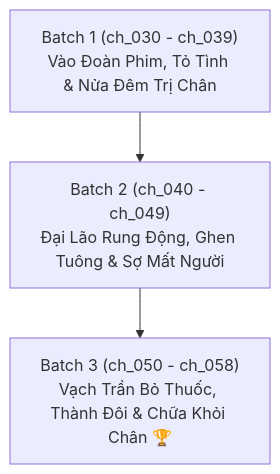
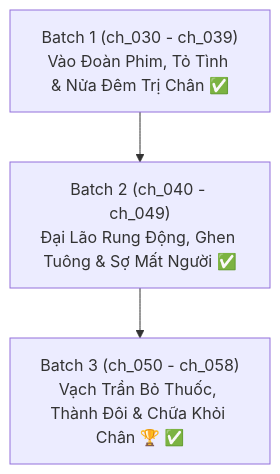
Before and after one commit to RinYuki-sclass/trans-assistant: the diagram in novel_projects/xuyên-thư-xong-tôi-giả-gay-trong-truyện-bá-tổng/plan_arc_2.md, drawn with Mermaid. The commit also changed other lines of this file and 94 other files, not shown here.

````diff
--- a/novel_projects/xuyên-thư-xong-tôi-giả-gay-trong-truyện-bá-tổng/plan_arc_2.md
+++ b/novel_projects/xuyên-thư-xong-tôi-giả-gay-trong-truyện-bá-tổng/plan_arc_2.md
@@ -26,5 +26,5 @@
 ```mermaid
 graph TD
-    B1["Batch 1 (ch_030 - ch_039)<br/>Vào Đoàn Phim, Tỏ Tình & Nửa Đêm Trị Chân"] --> B2["Batch 2 (ch_040 - ch_049)<br/>Đại Lão Rung Động, Ghen Tuông & Sợ Mất Người"]
-    B2 --> B3["Batch 3 (ch_050 - ch_058)<br/>Vạch Trần Bỏ Thuốc, Thành Đôi & Chữa Khỏi Chân 🏆"]
+    B1["Batch 1 (ch_030 - ch_039)<br/>Vào Đoàn Phim, Tỏ Tình & Nửa Đêm Trị Chân ✅"] --> B2["Batch 2 (ch_040 - ch_049)<br/>Đại Lão Rung Động, Ghen Tuông & Sợ Mất Người ✅"]
+    B2 --> B3["Batch 3 (ch_050 - ch_058)<br/>Vạch Trần Bỏ Thuốc, Thành Đôi & Chữa Khỏi Chân 🏆 ✅"]
 ```
````
